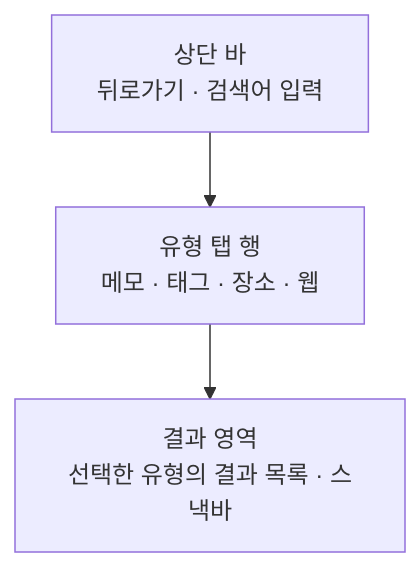
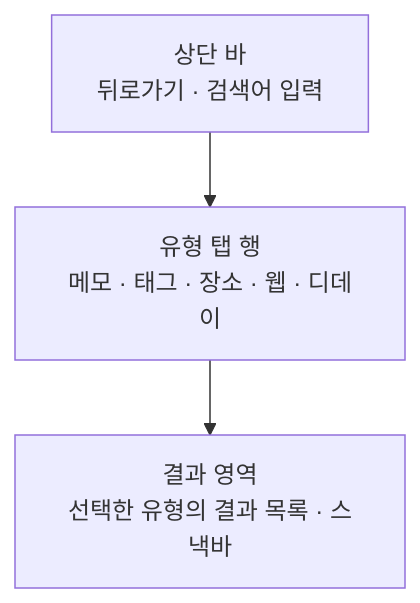
One commit to taetae98coding/DiaryKMP changed the diagram in docs/design/search-home.md. Above: the diagram before and after it, drawn with Mermaid. The commit also changed other lines of this file and 100 other files, not shown here.

````diff
--- a/docs/design/search-home.md
+++ b/docs/design/search-home.md
@@ -17,5 +17,5 @@
 ```mermaid
 flowchart TD
-    Bar["상단 바<br/>뒤로가기 · 검색어 입력"] --> Tabs["유형 탭 행<br/>메모 · 태그 · 장소 · 웹"]
+    Bar["상단 바<br/>뒤로가기 · 검색어 입력"] --> Tabs["유형 탭 행<br/>메모 · 태그 · 장소 · 웹 · 디데이"]
     Tabs --> Result["결과 영역<br/>선택한 유형의 결과 목록 · 스낵바"]
 ```
````
